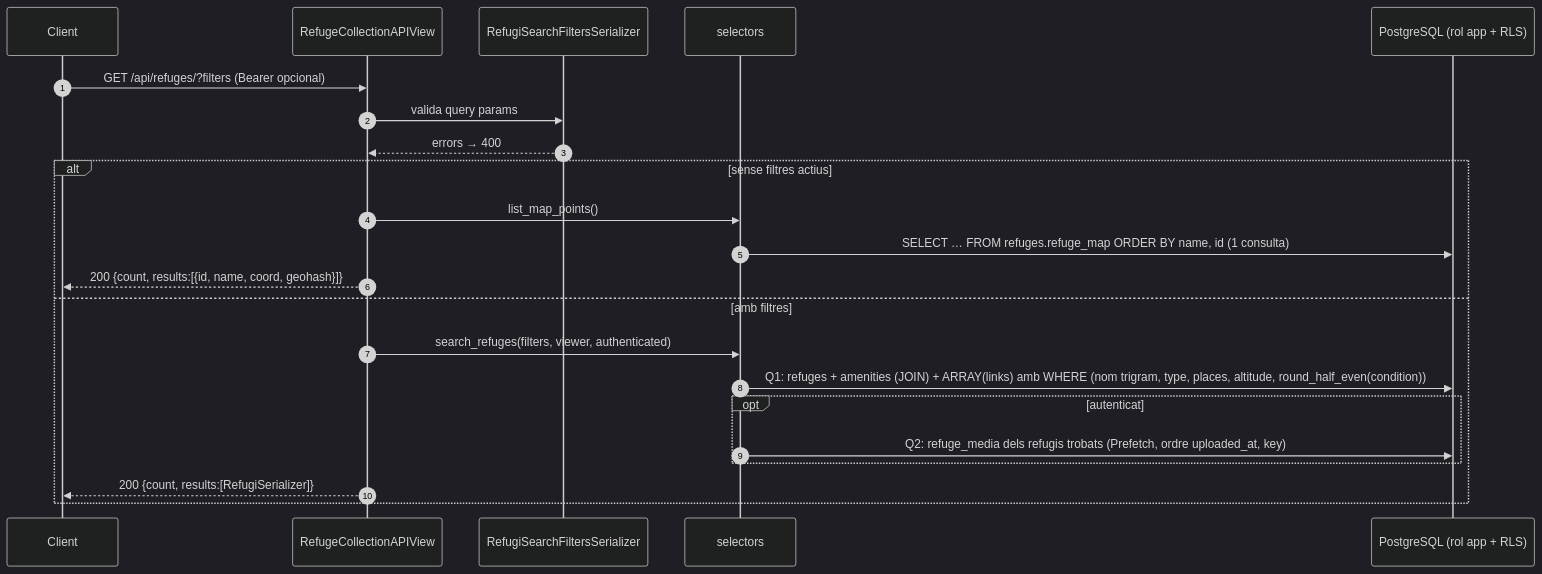
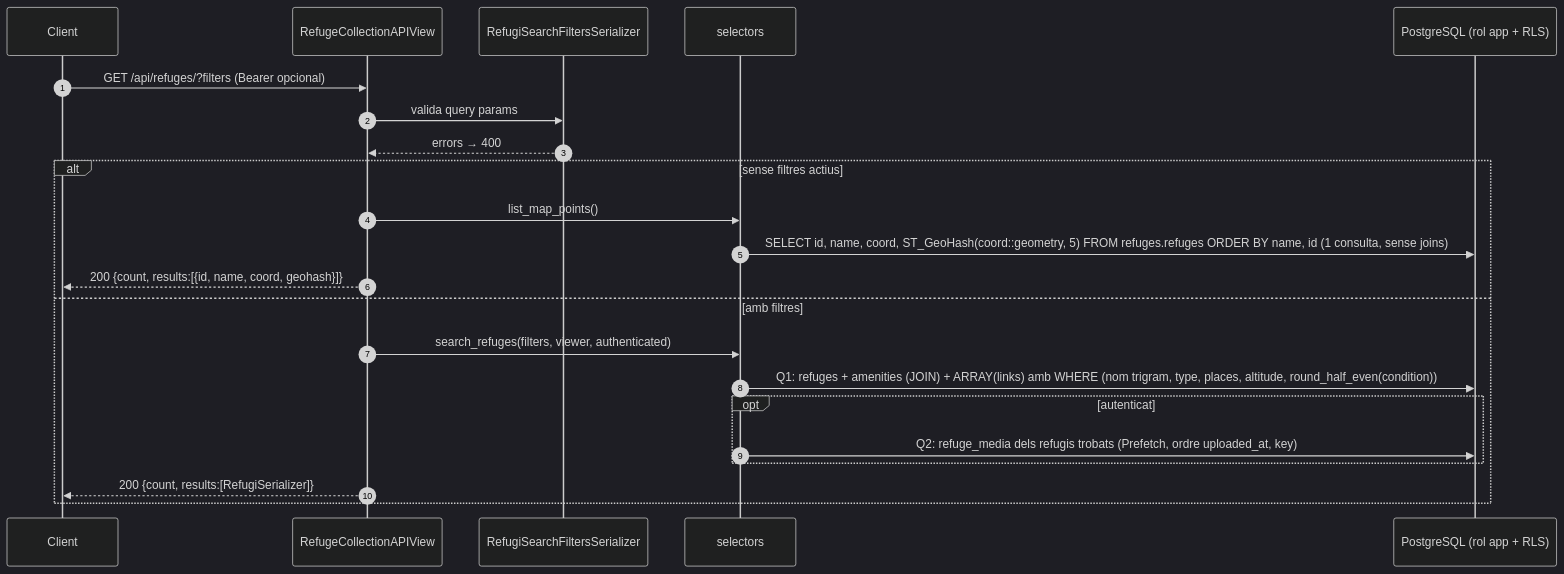
One commit to jordirev/RefugisLliures_Backend changed the diagram in docs/flows/04-refuge-search-detail.md. Above: the diagram before and after it, drawn with Mermaid (dark theme). The commit also changed other lines of this file and 47 other files, not shown here.

````diff
--- a/docs/flows/04-refuge-search-detail.md
+++ b/docs/flows/04-refuge-search-detail.md
@@ -19,25 +19,25 @@
 ```mermaid
 sequenceDiagram
     autonumber
     participant C as Client
     participant V as RefugeCollectionAPIView
     participant S as RefugiSearchFiltersSerializer
     participant SEL as selectors
     participant DB as PostgreSQL (rol app + RLS)
 
     C->>V: GET /api/refuges/?filters (Bearer opcional)
     V->>S: valida query params
     S-->>V: errors → 400
     alt sense filtres actius
         V->>SEL: list_map_points()
-        SEL->>DB: SELECT … FROM refuges.refuge_map ORDER BY name, id   (1 consulta)
+        SEL->>DB: SELECT id, name, coord, ST_GeoHash(coord::geometry, 5) FROM refuges.refuges ORDER BY name, id   (1 consulta, sense joins)
         V-->>C: 200 {count, results:[{id, name, coord, geohash}]}
     else amb filtres
         V->>SEL: search_refuges(filters, viewer, authenticated)
         SEL->>DB: Q1: refuges + amenities (JOIN) + ARRAY(links) amb WHERE (nom trigram, type, places, altitude, round_half_even(condition))
         opt autenticat
             SEL->>DB: Q2: refuge_media dels refugis trobats (Prefetch, ordre uploaded_at, key)
         end
         V-->>C: 200 {count, results:[RefugiSerializer]}
     end
 ```
````
